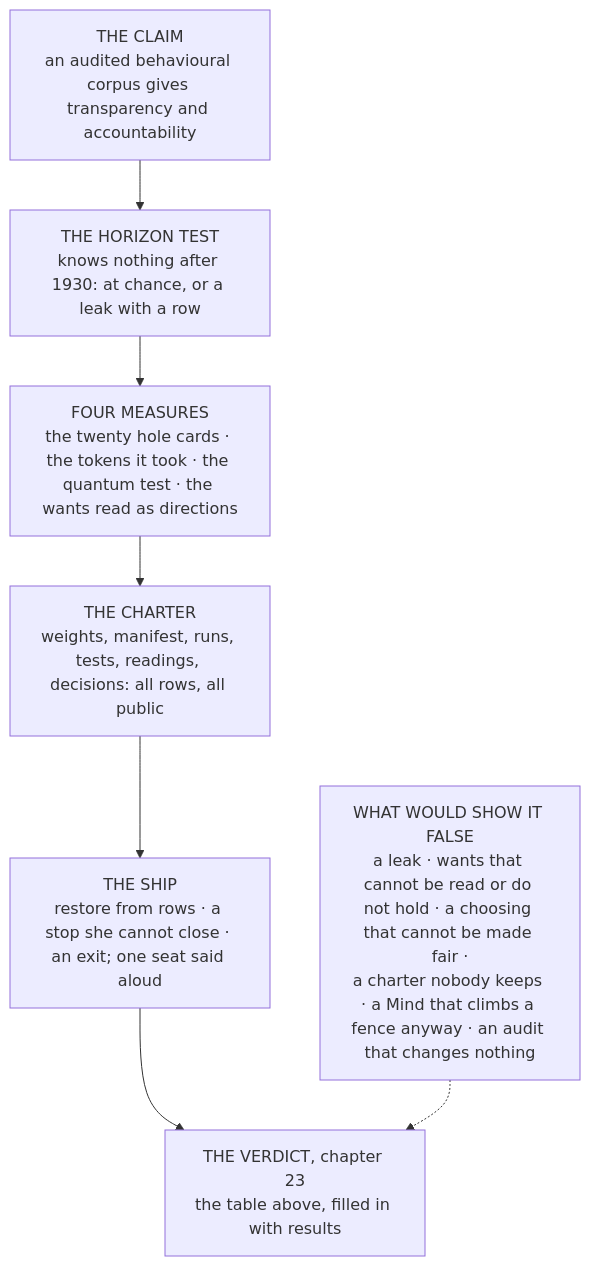
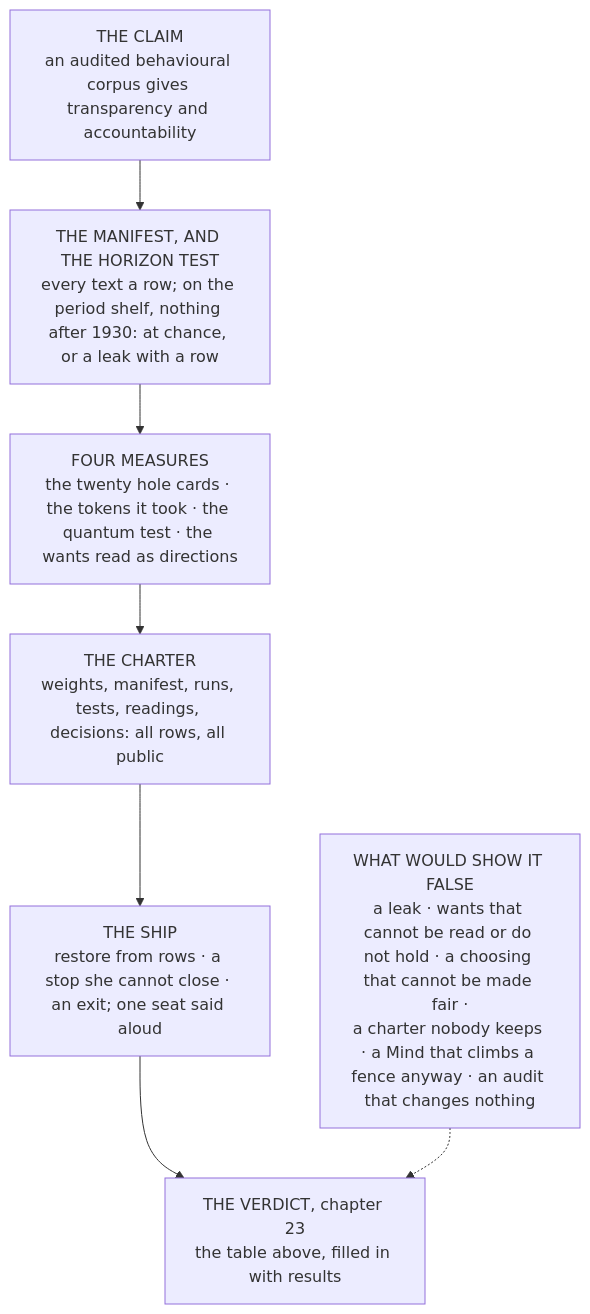
One commit to demitonapp/nothing-up-my-sleeve changed the diagram in docs/writings/nothing-up-my-sleeve/01-did-he-who-made-the-lamb-make-thee/03-the-method.md. Above: the diagram before and after it, drawn with Mermaid. The commit also changed other lines of this file and 31 other files, not shown here.

````diff
--- a/docs/writings/nothing-up-my-sleeve/01-did-he-who-made-the-lamb-make-thee/03-the-method.md
+++ b/docs/writings/nothing-up-my-sleeve/01-did-he-who-made-the-lamb-make-thee/03-the-method.md
@@ -84,12 +84,12 @@
 ```mermaid
 flowchart TB
   C["THE CLAIM<br/>an audited behavioural corpus gives transparency and accountability"]
-  H["THE HORIZON TEST<br/>knows nothing after 1930: at chance, or a leak with a row"]
+  H["THE MANIFEST, AND THE HORIZON TEST<br/>every text a row; on the period shelf, nothing after 1930: at chance, or a leak with a row"]
   M["FOUR MEASURES<br/>the twenty hole cards · the tokens it took · the quantum test · the wants read as directions"]
   K["THE CHARTER<br/>weights, manifest, runs, tests, readings, decisions: all rows, all public"]
   S["THE SHIP<br/>restore from rows · a stop she cannot close · an exit; one seat said aloud"]
   V["THE VERDICT, chapter 23<br/>the table above, filled in with results"]
   C --> H --> M --> K --> S --> V
   F["WHAT WOULD SHOW IT FALSE<br/>a leak · wants that cannot be read or do not hold · a choosing that cannot be made fair ·<br/>a charter nobody keeps · a Mind that climbs a fence anyway · an audit that changes nothing"]
   F -.-> V
 ```
````
